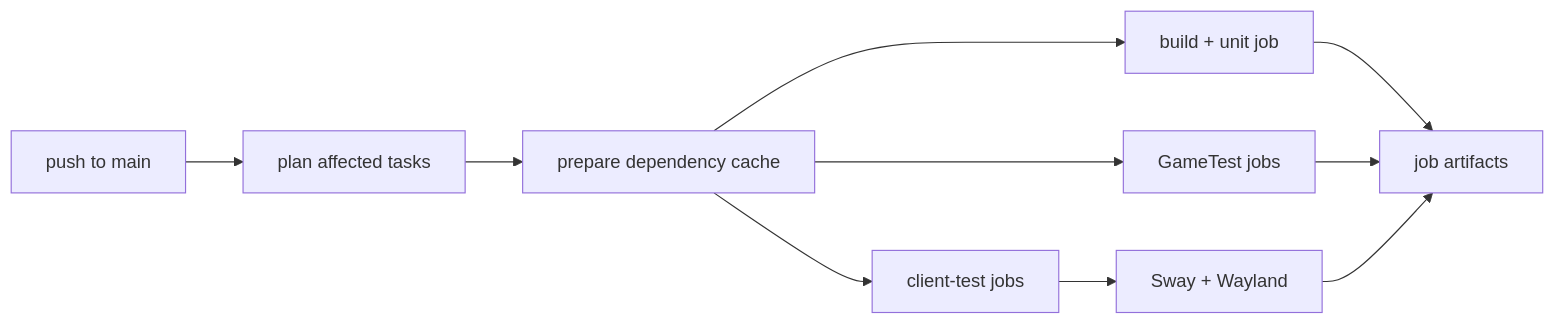
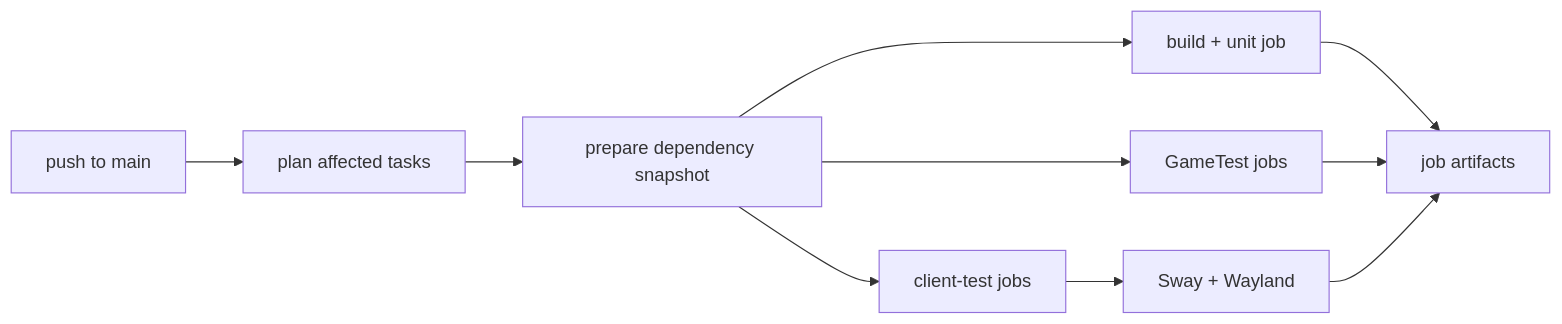
One commit to bertie-mc/bertie changed the second of 2 diagrams in docs/cicd.md. Above: the diagram before and after it, drawn with Mermaid. The commit also changed other lines of this file and 3 other files, not shown here.

````diff
--- a/docs/cicd.md
+++ b/docs/cicd.md
@@ -108,11 +108,11 @@
 ```mermaid
 flowchart LR
     E["push to main"] --> P["plan affected tasks"]
-    P --> D["prepare dependency cache"]
+    P --> D["prepare dependency snapshot"]
     D --> B["build + unit job"]
     D --> G["GameTest jobs"]
     D --> C["client-test jobs"]
     B --> R["job artifacts"]
     G --> R
     C --> W["Sway + Wayland"] --> R
 ```
````
